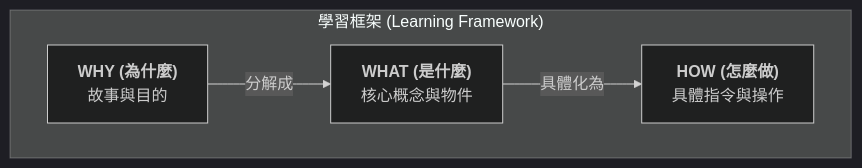
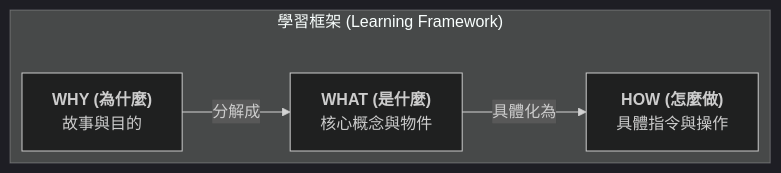
One commit to TOOITW/knowledge-garden changed the diagram in why-what-how-framework.md. Above: the diagram before and after it, drawn with Mermaid (dark theme).

Commit message:
chore: update mermaid

````diff
--- a/why-what-how-framework.md
+++ b/why-what-how-framework.md
@@ -7,11 +7,15 @@
 ```mermaid
-graph TD
-    subgraph "學習框架 (Learning Framework)"
+---
+config:
+  look: classic
+  layout: elk
+---
+flowchart LR
+ subgraph subGraph0["學習框架 (Learning Framework)"]
         A["<b>WHY (為什麼)</b><br>故事與目的"]
         B["<b>WHAT (是什麼)</b><br>核心概念與物件"]
         C["<b>HOW (怎麼做)</b><br>具體指令與操作"]
-
-        A -- 分解成 --> B
-        B -- 具體化為 --> C
-    end
+  end
+    A -- 分解成 --> B
+    B -- 具體化為 --> C
 ```
````
